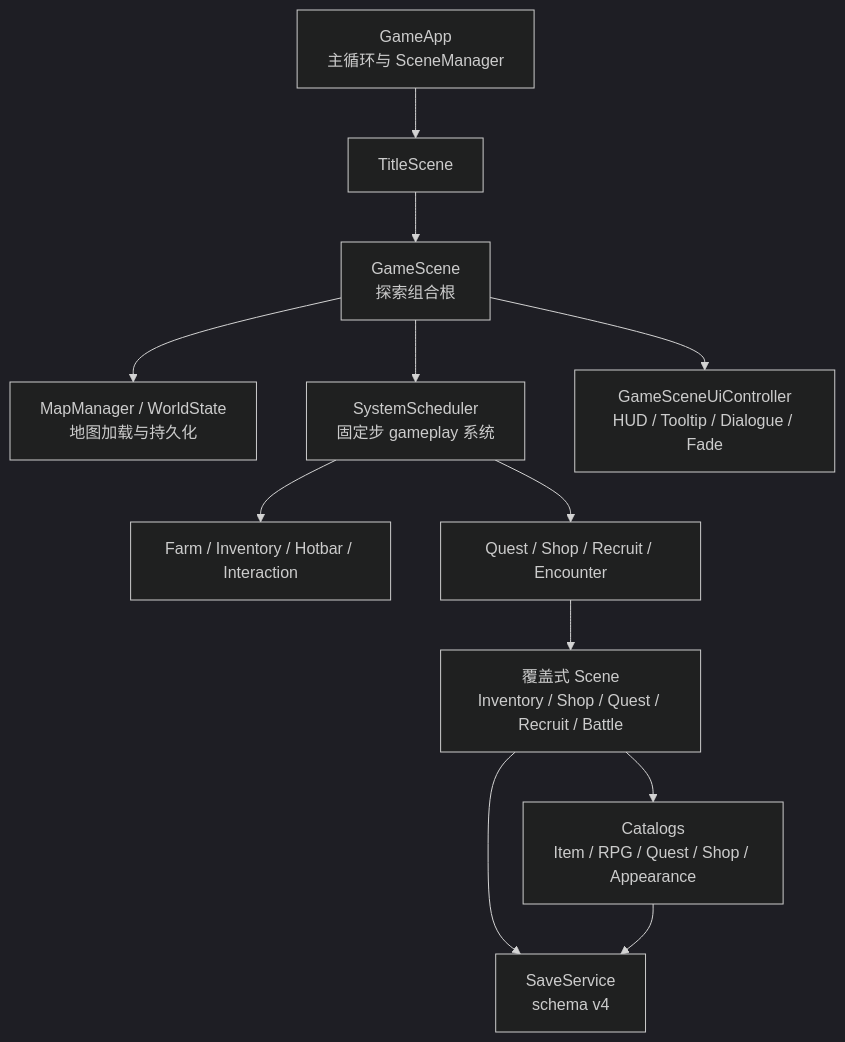
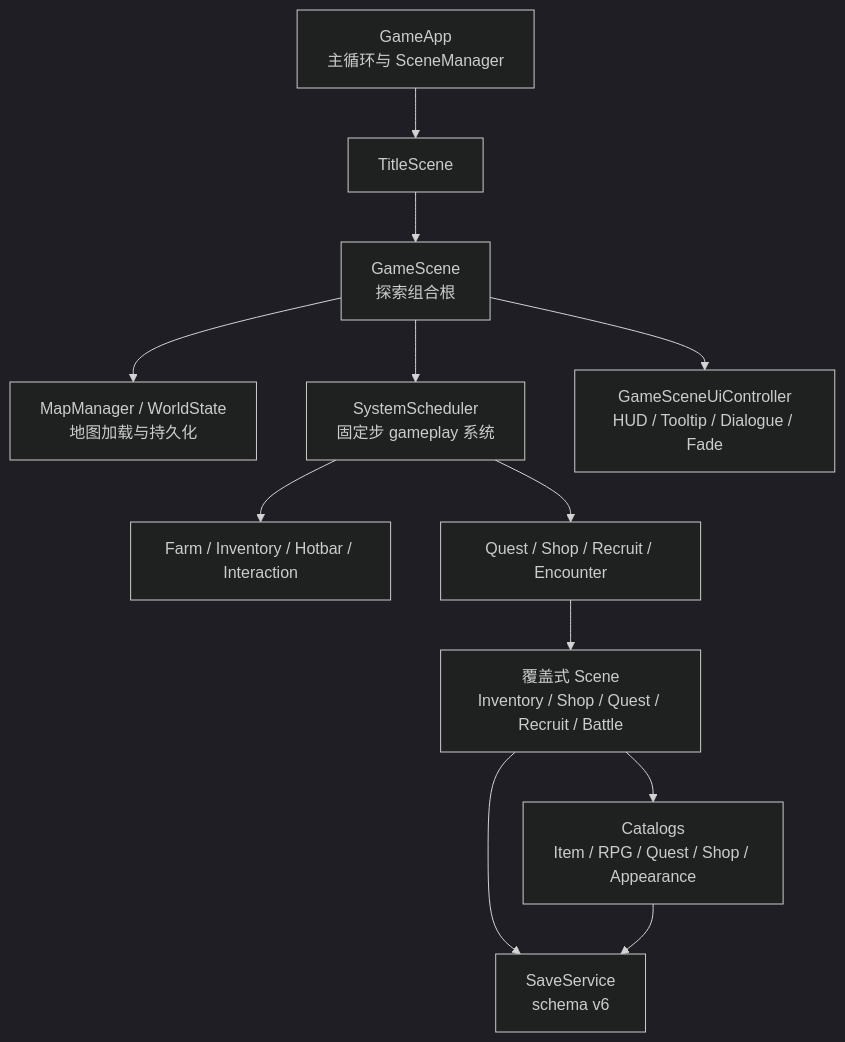
The diagram in docs/overview.md (WispSnow/TinyFarmRPG), drawn with Mermaid (dark theme) before and after one commit. The commit also changed other lines of this file and 53 other files, not shown here.

````diff
--- a/docs/overview.md
+++ b/docs/overview.md
@@ -26,14 +27,14 @@
 ```mermaid
 flowchart TD
     APP["GameApp<br/>主循环与 SceneManager"] --> TITLE["TitleScene"]
     TITLE --> GAME["GameScene<br/>探索组合根"]
     GAME --> WORLD["MapManager / WorldState<br/>地图加载与持久化"]
     GAME --> SCHED["SystemScheduler<br/>固定步 gameplay 系统"]
     GAME --> HUD["GameSceneUiController<br/>HUD / Tooltip / Dialogue / Fade"]
     SCHED --> FARM["Farm / Inventory / Hotbar / Interaction"]
     SCHED --> RPG["Quest / Shop / Recruit / Encounter"]
     RPG --> OVERLAY["覆盖式 Scene<br/>Inventory / Shop / Quest / Recruit / Battle"]
     OVERLAY --> DATA["Catalogs<br/>Item / RPG / Quest / Shop / Appearance"]
-    OVERLAY --> SAVE["SaveService<br/>schema v4"]
+    OVERLAY --> SAVE["SaveService<br/>schema v6"]
     DATA --> SAVE
 ```
````
